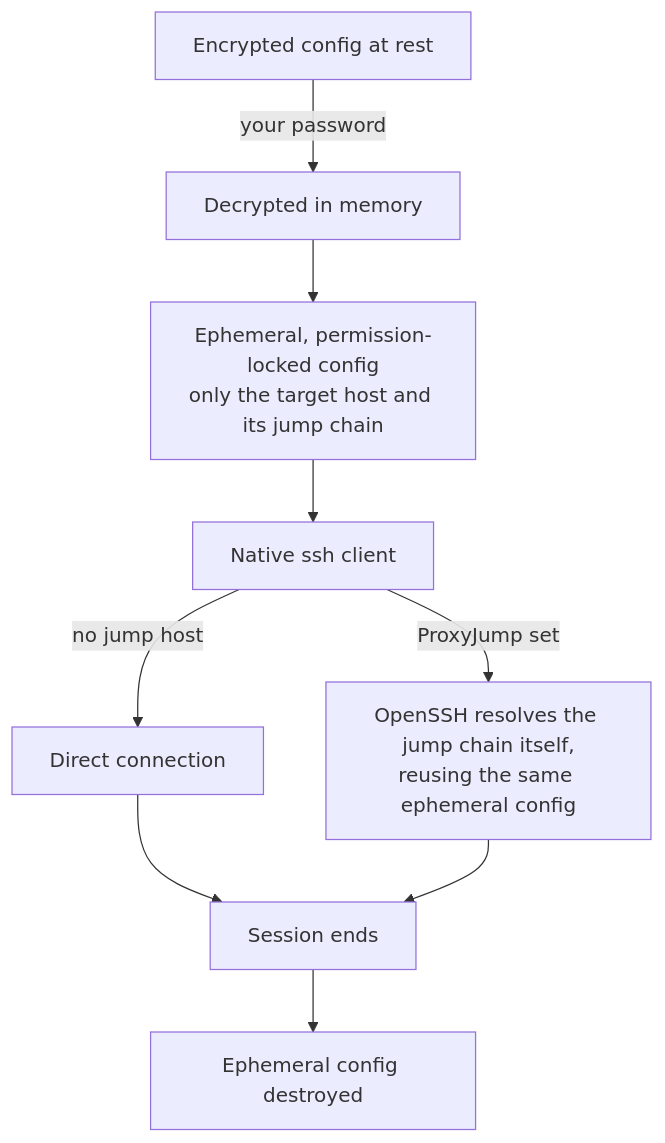
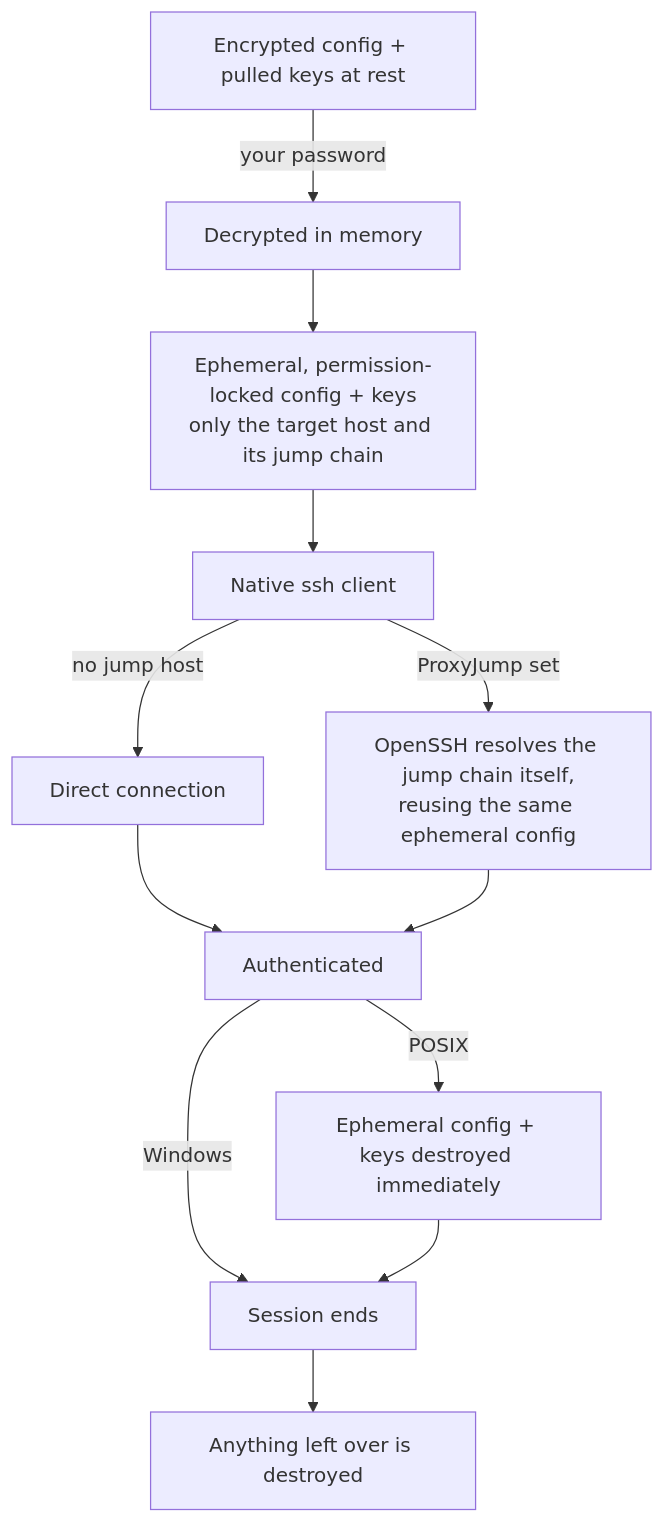
The diagram in README.md (dimaskiddo/mssh), drawn with Mermaid before and after one commit. The commit also changed other lines of this file and 8 other files, not shown here.

````diff
--- a/README.md
+++ b/README.md
@@ -22,13 +22,17 @@
 ```mermaid
 graph TD
-    Enc["Encrypted config at rest"] -- "your password" --> Dec["Decrypted in memory"]
-    Dec --> Tmp["Ephemeral, permission-locked config<br/>only the target host and its jump chain"]
+    Enc["Encrypted config + pulled keys at rest"] -- "your password" --> Dec["Decrypted in memory"]
+    Dec --> Tmp["Ephemeral, permission-locked config + keys<br/>only the target host and its jump chain"]
     Tmp --> Spawn["Native ssh client"]
 
     Spawn -- "no jump host" --> Direct["Direct connection"]
     Spawn -- "ProxyJump set" --> Jump["OpenSSH resolves the jump chain itself,<br/>reusing the same ephemeral config"]
 
-    Direct --> Exit["Session ends"]
-    Jump --> Exit
-    Exit --> Cleanup["Ephemeral config destroyed"]
+    Direct --> Auth["Authenticated"]
+    Jump --> Auth
+
+    Auth -- "POSIX" --> Purge["Ephemeral config + keys destroyed immediately"]
+    Auth -- "Windows" --> Exit["Session ends"]
+    Purge --> Exit
+    Exit --> Cleanup["Anything left over is destroyed"]
 ```
````
